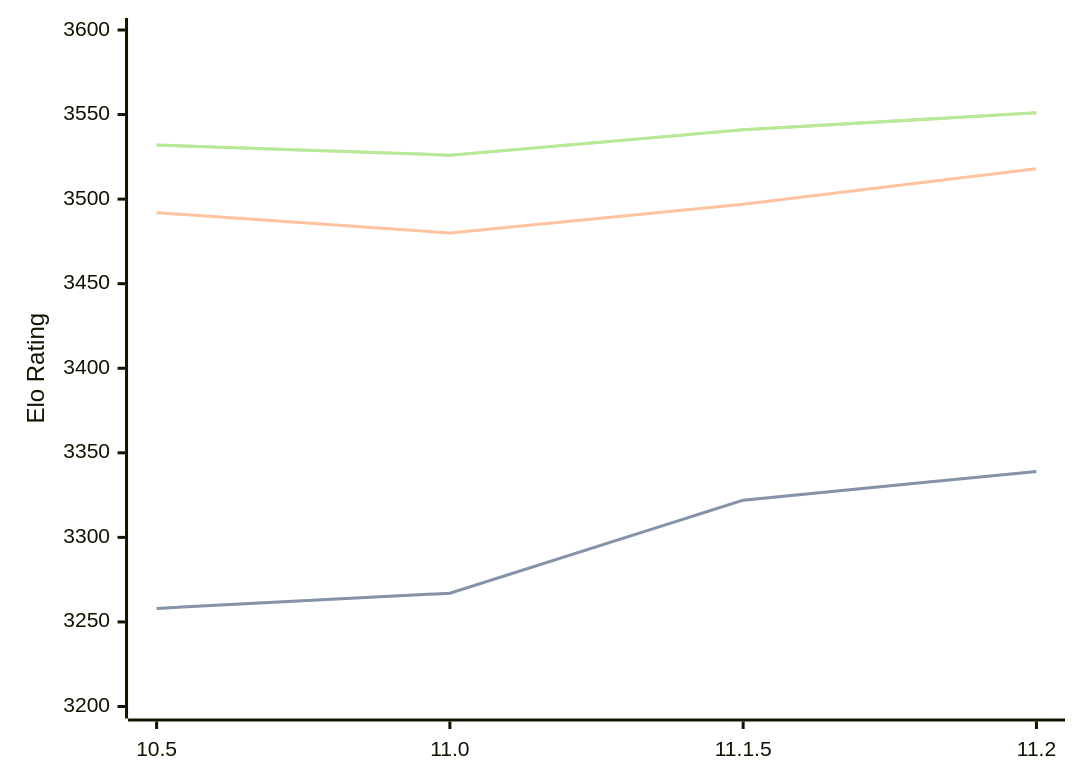
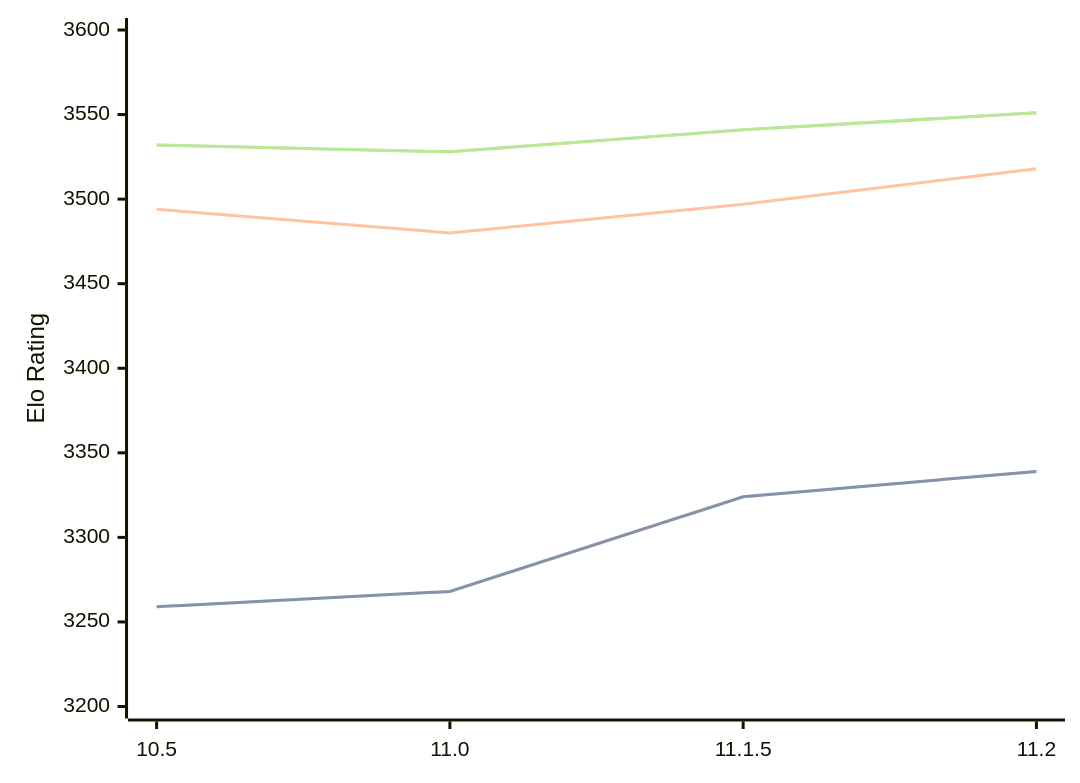
Before and after one commit to computer-chess-index/cci: the diagram in engines/Lizard.md, drawn with Mermaid. The commit also changed other lines of this file, not shown here.

Commit message:
Update CCI Ratings (ELO VLTC) - 2026-04-27

````diff
--- a/engines/Lizard.md
+++ b/engines/Lizard.md
@@ -46,11 +46,11 @@
 ```mermaid
 %%{init: {"theme":"base","themeVariables":{"seriesColors:['#a3a3a3','#222221','#faa371']}}}%%
 xychart-beta
   x-axis ["10.5", "11.0", "11.1.5", "11.2"]
   y-axis "Elo Rating" 3200 --> 3600
-  line "STC (8.0+0.08s)" [3258, 3267, 3322, 3339]
-  line "STC (8.0+0.08s)" [3258, 3267, 3322, 3339]
-  line "LTC (60.0+0.60s)" [3492, 3480, 3497, 3518]
-  line "VLTC (2m24s+1.12s)" [3532, 3526, 3541, 3551]
-  line "VLTC (2m24s+1.12s)" [3532, 3526, 3541, 3551]
+  line "STC (8.0+0.08s)" [3259, 3268, 3324, 3339]
+  line "STC (8.0+0.08s)" [3259, 3268, 3324, 3339]
+  line "LTC (60.0+0.60s)" [3494, 3480, 3497, 3518]
+  line "VLTC (2m24s+1.12s)" [3532, 3528, 3541, 3551]
+  line "VLTC (2m24s+1.12s)" [3532, 3528, 3541, 3551]
 ```
````
